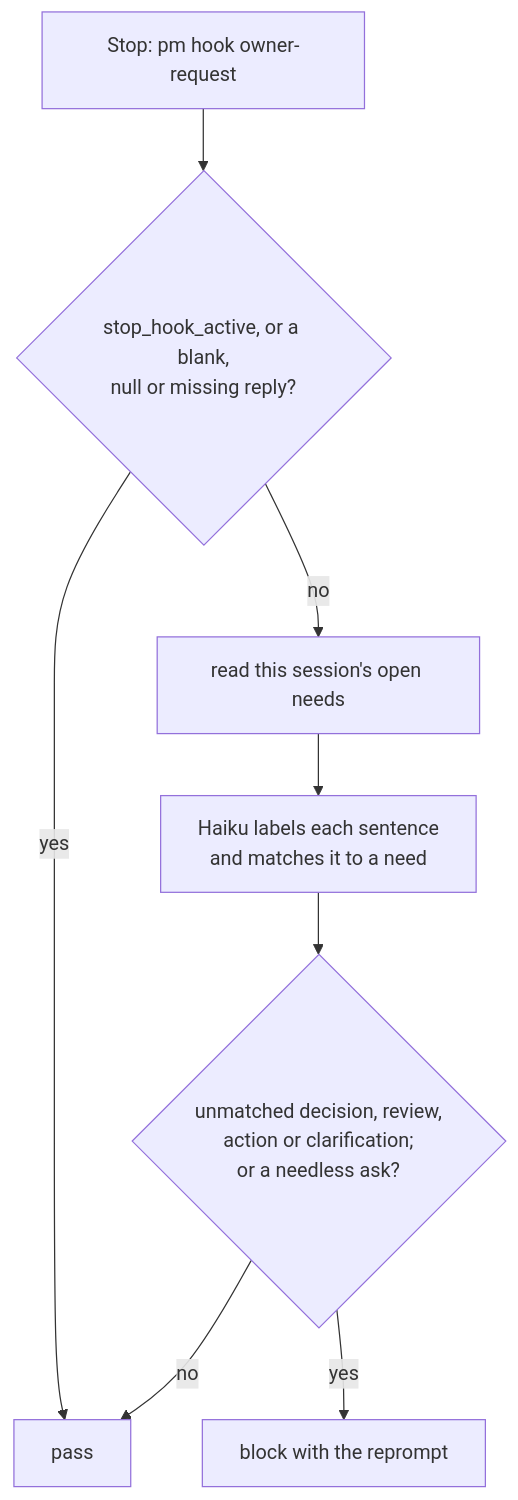
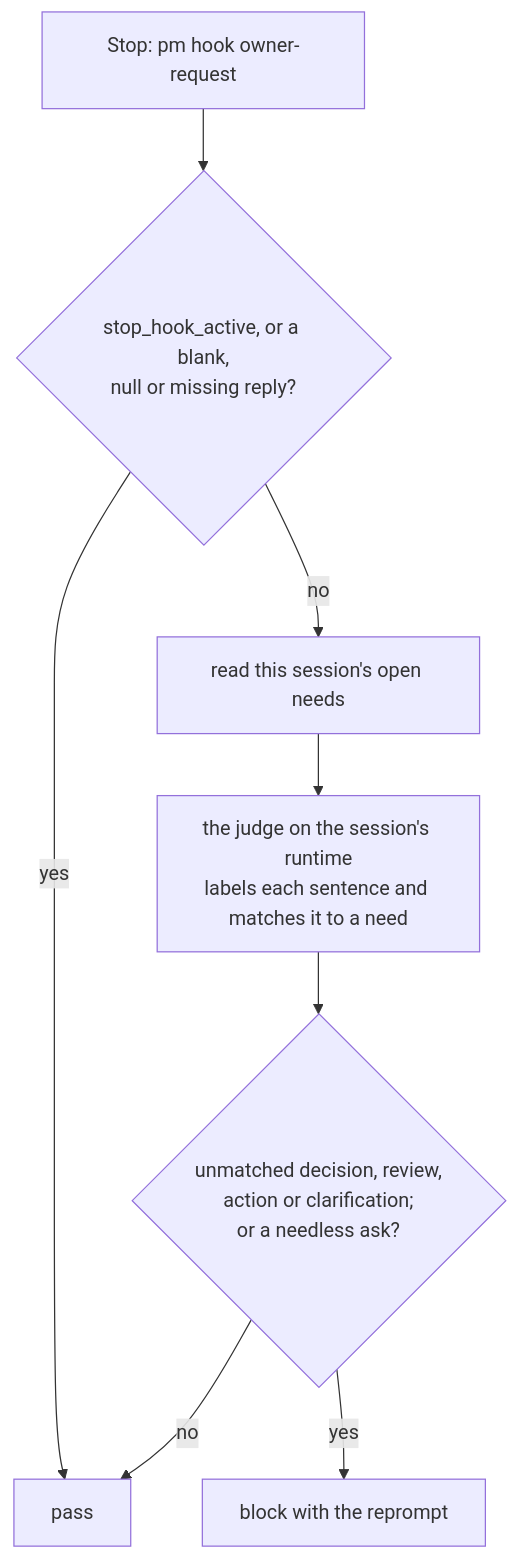
Before and after one commit to Yeeef/pm: the diagram in design/owner-request-hook.md, drawn with Mermaid. The commit also changed other lines of this file and 4 other files, not shown here.

Commit message:
Design pages hold pm-codex sprint 2: the judge on each session's runtime, summary_runtime, the Codex hooks warning

````diff
--- a/design/owner-request-hook.md
+++ b/design/owner-request-hook.md
@@ -61,10 +64,10 @@
 ```mermaid
 flowchart TD
   S[Stop: pm hook owner-request] --> A{stop_hook_active, or a blank,<br/>null or missing reply?}
   A -- yes --> P[pass]
   A -- no --> N[read this session's open needs]
-  N --> J[Haiku labels each sentence<br/>and matches it to a need]
+  N --> J[the judge on the session's runtime<br/>labels each sentence and matches it to a need]
   J --> B{unmatched decision, review,<br/>action or clarification;<br/>or a needless ask?}
   B -- no --> P
   B -- yes --> K[block with the reprompt]
 ```
````
